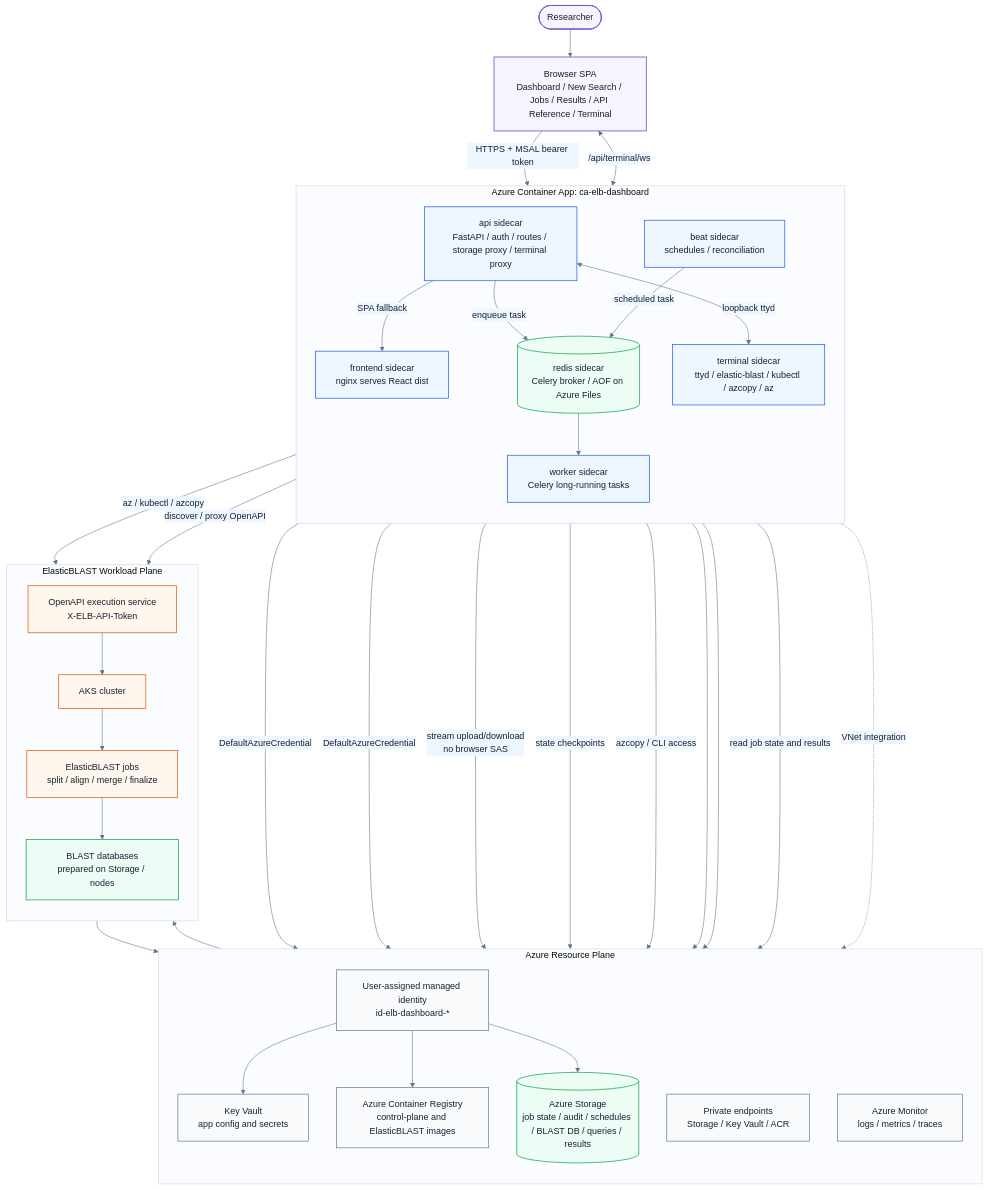
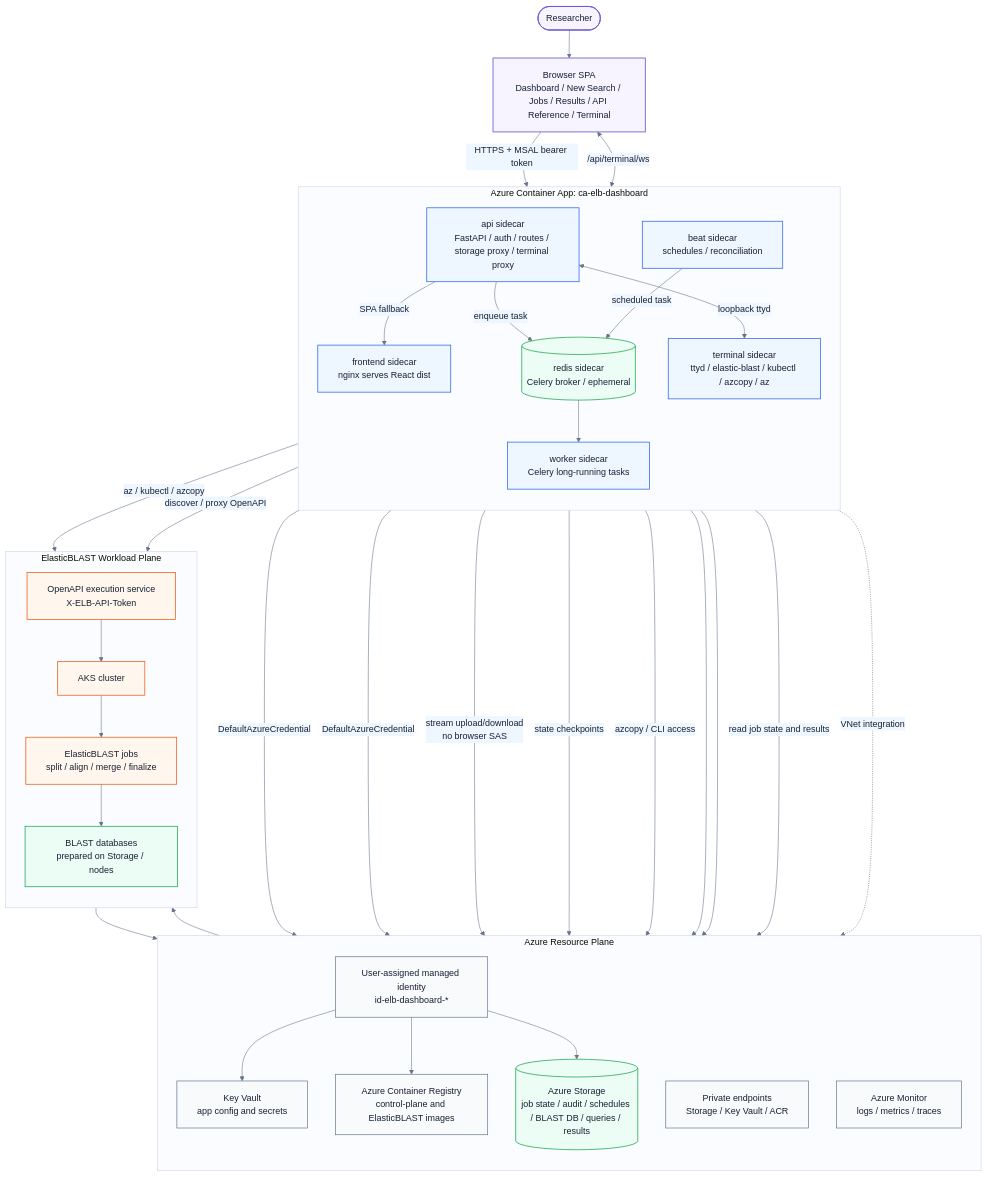
The diagram in docs/high-level-architecture.md (dotnetpower/elb-dashboard), drawn with Mermaid before and after one commit. The commit also changed other lines of this file and 69 other files, not shown here.

````diff
--- a/docs/high-level-architecture.md
+++ b/docs/high-level-architecture.md
@@ -9,74 +27,74 @@
 ```mermaid
 %%{init: {"theme": "base", "themeVariables": {"background": "#ffffff", "primaryColor": "#f5f7fb", "primaryBorderColor": "#6d5bd0", "primaryTextColor": "#172033", "lineColor": "#64748b", "secondaryColor": "#eef6ff", "tertiaryColor": "#f7f3ff", "clusterBkg": "#fbfcff", "clusterBorder": "#cbd5e1", "fontFamily": "Inter, ui-sans-serif, system-ui, sans-serif"}, "flowchart": {"curve": "basis", "padding": 18}}}%%
 flowchart TB
   researcher([Researcher]) --> browser["Browser SPA<br/>Dashboard / New Search / Jobs / Results / API Reference / Terminal"]
 
   subgraph app["Azure Container App: ca-elb-dashboard"]
     direction TB
     frontend["frontend sidecar<br/>nginx serves React dist"]
     api["api sidecar<br/>FastAPI / auth / routes / storage proxy / terminal proxy"]
     worker["worker sidecar<br/>Celery long-running tasks"]
     beat["beat sidecar<br/>schedules / reconciliation"]
-    redis[("redis sidecar<br/>Celery broker / AOF on Azure Files")]
+    redis[("redis sidecar<br/>Celery broker / ephemeral")]
     terminal["terminal sidecar<br/>ttyd / elastic-blast / kubectl / azcopy / az"]
   end
 
   subgraph azure["Azure Resource Plane"]
     direction TB
     mi["User-assigned managed identity<br/>id-elb-dashboard-*"]
     kv["Key Vault<br/>app config and secrets"]
     acr["Azure Container Registry<br/>control-plane and ElasticBLAST images"]
     storage[("Azure Storage<br/>job state / audit / schedules / BLAST DB / queries / results")]
     pe["Private endpoints<br/>Storage / Key Vault / ACR"]
     monitor["Azure Monitor<br/>logs / metrics / traces"]
   end
 
   subgraph workload["ElasticBLAST Workload Plane"]
     direction TB
     aks["AKS cluster"]
     openapi["OpenAPI execution service<br/>X-ELB-API-Token"]
     blast["ElasticBLAST jobs<br/>split / align / merge / finalize"]
     db["BLAST databases<br/>prepared on Storage / nodes"]
   end
 
   browser -->|HTTPS + MSAL bearer token| api
   api -->|SPA fallback| frontend
   api -->|enqueue task| redis
   beat -->|scheduled task| redis
   redis --> worker
   browser <-->|/api/terminal/ws| api
   api <-->|loopback ttyd| terminal
 
   api -->|DefaultAzureCredential| mi
   worker -->|DefaultAzureCredential| mi
   mi --> kv
   mi --> acr
   mi --> storage
   mi --> aks
   api -->|stream upload/download<br/>no browser SAS| storage
   worker -->|state checkpoints| storage
   terminal -->|az / kubectl / azcopy| aks
   terminal -->|azcopy / CLI access| storage
   api --> monitor
   worker --> monitor
   app -. VNet integration .-> pe
 
   api -->|discover / proxy OpenAPI| openapi
   openapi --> aks
   aks --> blast
   blast --> db
   blast --> storage
   api -->|read job state and results| storage
 
   classDef actor fill:#f7f3ff,stroke:#6d5bd0,color:#172033,stroke-width:1.5px;
   classDef app fill:#eef6ff,stroke:#2563eb,color:#172033,stroke-width:1.3px;
   classDef state fill:#ecfdf5,stroke:#16a34a,color:#172033,stroke-width:1.3px;
   classDef workload fill:#fff7ed,stroke:#ea580c,color:#172033,stroke-width:1.3px;
   classDef security fill:#f8fafc,stroke:#64748b,color:#172033,stroke-width:1.2px;
 
   class researcher,browser actor;
   class frontend,api,worker,beat,terminal app;
   class redis,storage,db state;
   class aks,openapi,blast workload;
   class mi,kv,acr,pe,monitor security;
 ```
````
